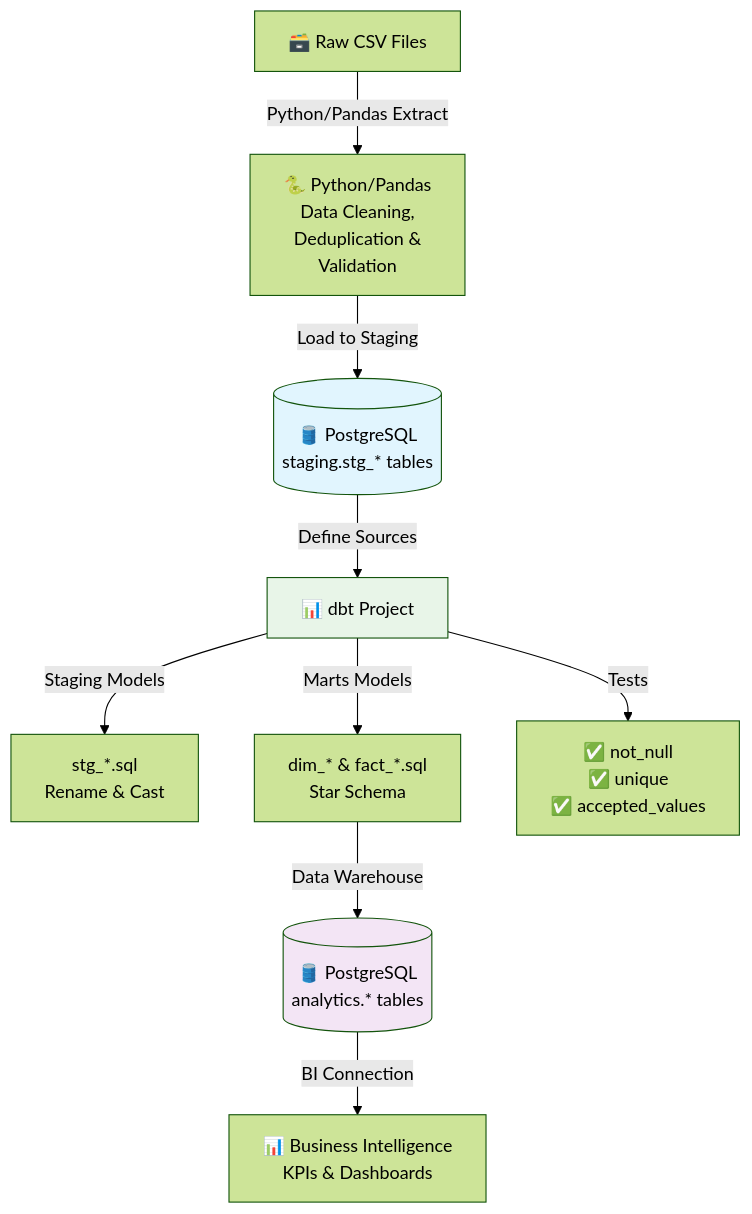
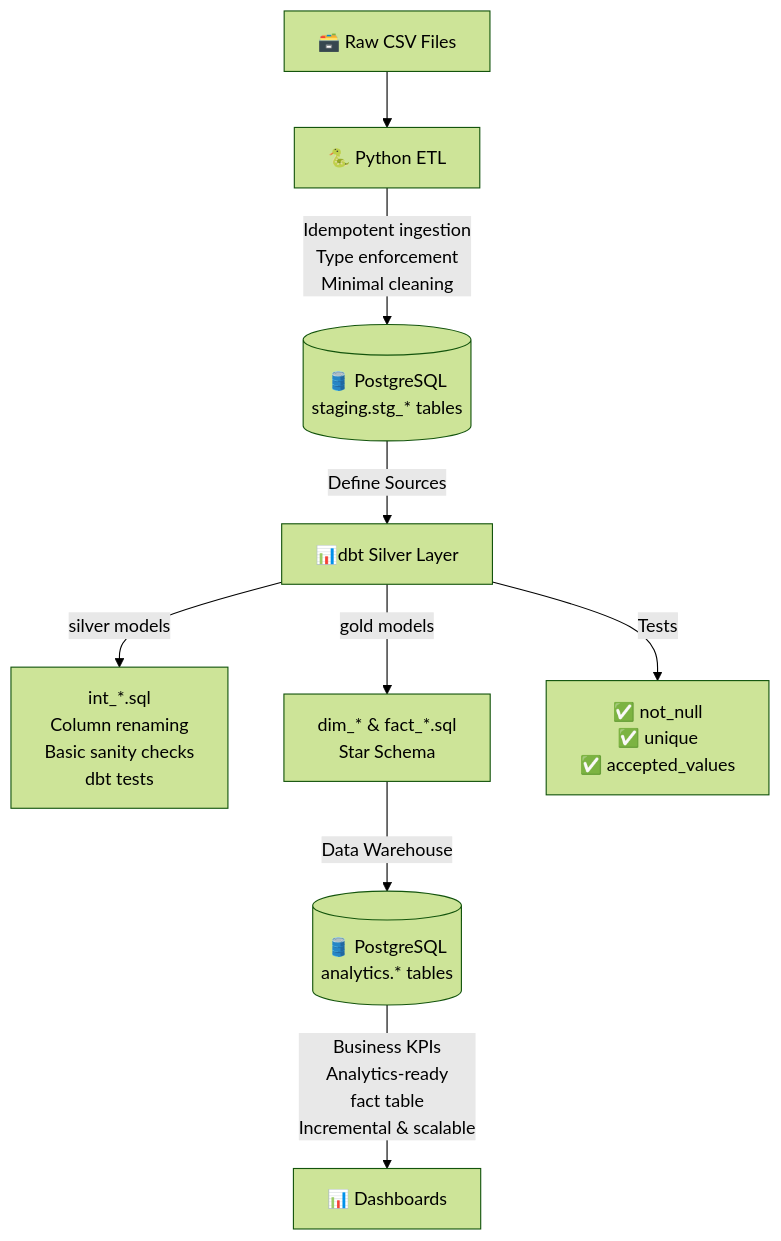
Before and after one commit to Abdulhafiz-Yusuf/1_batch_etl_bank_branch_performance: the diagram in diagram.md, drawn with Mermaid (forest theme). The commit also changed 2 other files, not shown here.

````diff
--- a/diagram.md
+++ b/diagram.md
@@ -1,19 +1,14 @@
 ```mermaid
 flowchart TD
-    CSV[🗃️ Raw CSV Files] -->|Python/Pandas Extract| Clean[🐍 Python/Pandas
-    Data Cleaning, <br/> Deduplication &<br/> Validation]
-    Clean -->|Load to Staging| Postgres[(🛢️ PostgreSQL<br/>staging.stg_* tables)]
+    CSV[🗃️ Raw CSV Files] --> Python[🐍 Python ETL]
+    Python -->|Idempotent ingestion<br/>Type enforcement<br/>Minimal cleaning| Postgres[(🛢️ PostgreSQL<br/>staging.stg_* tables)]
     
-    Postgres -->|Define Sources| dbt[📊 dbt Project]
-    dbt -->|Staging Models| StagingM["stg_*.sql<br/>Rename & Cast"]
-    dbt -->|Marts Models| AnalyticsM["dim_* & fact_*.sql<br/>Star Schema"]
+    Postgres -->|Define Sources| dbt[📊dbt Silver Layer]
+    dbt -->|silver models| StagingM["int_*.sql<br/>"Column renaming<br/>Basic sanity checks<br/>dbt tests""]
+    dbt -->|gold models| AnalyticsM["dim_* & fact_*.sql<br/>Star Schema"]
     
     AnalyticsM -->|Data Warehouse| DW[(🛢️ PostgreSQL<br/>analytics.* tables)]
     dbt -->|Tests| Tests["✅ not_null<br/>✅ unique<br/>✅ accepted_values"]
     
-    DW -->|BI Connection| Reports[📊 Business Intelligence<br/>KPIs & Dashboards]
-    
-    style Postgres fill:#e1f5fe
-    style DW fill:#f3e5f5
-    style dbt fill:#e8f5e8
+    DW -->|Business KPIs <br/>Analytics-ready <br/>fact table<br/>Incremental & scalable| Reports[📊 Dashboards]
 ```
````
